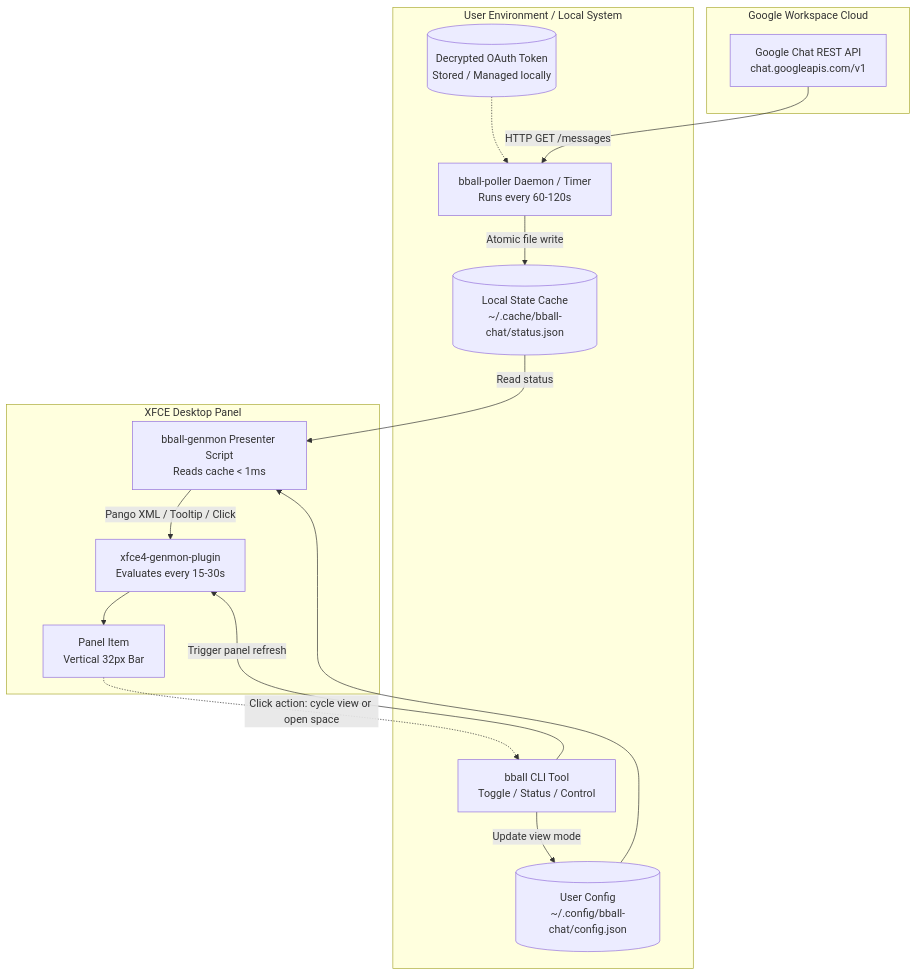
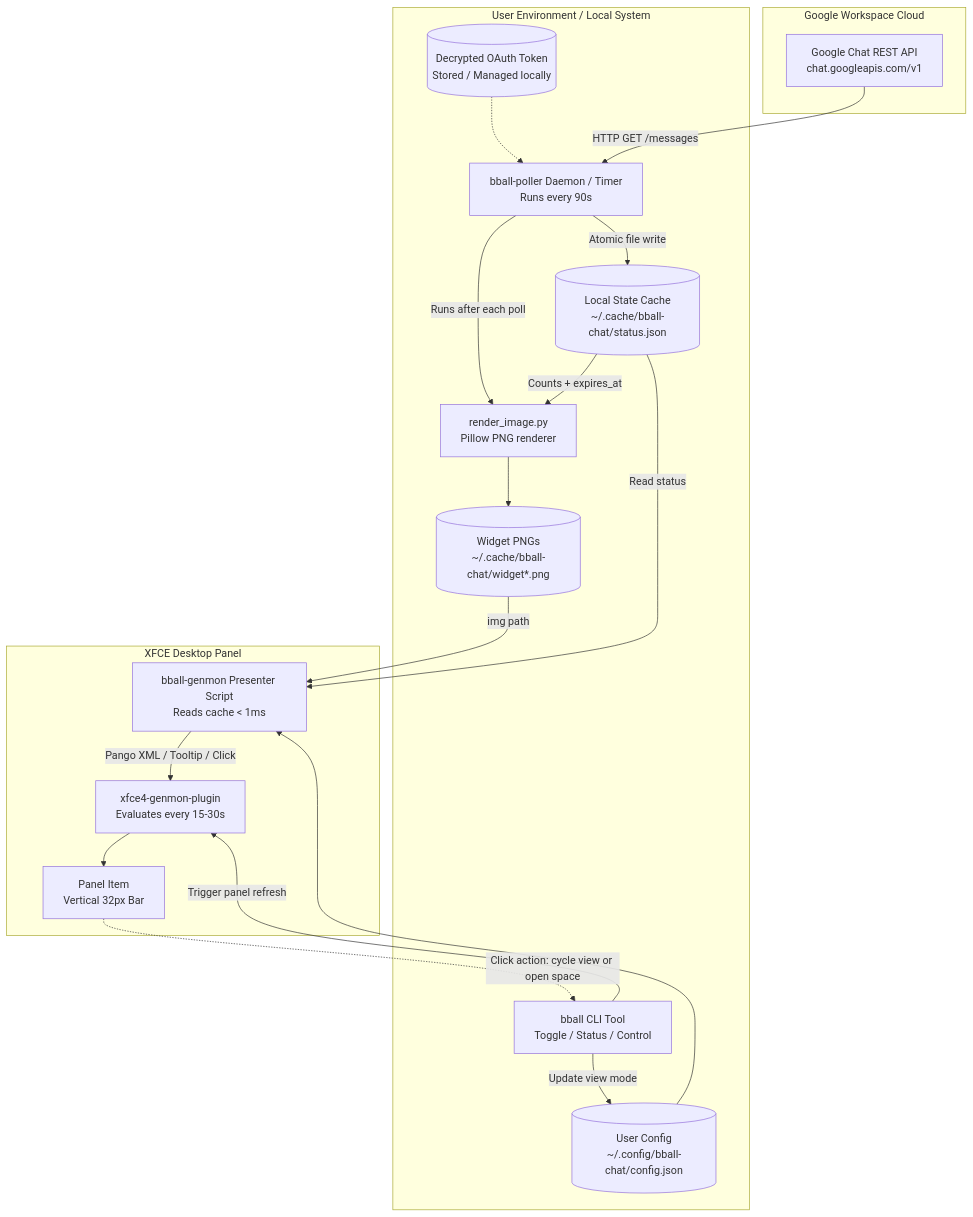
One commit to DanCard/bball-chat changed the diagram in ARCHITECTURE.md. Above: the diagram before and after it, drawn with Mermaid. The commit also changed other lines of this file and 8 other files, not shown here.

First line of the commit message:
Compute game expiry once in JS; renderer reads expires_at

````diff
--- a/ARCHITECTURE.md
+++ b/ARCHITECTURE.md
@@ -15,31 +15,37 @@
 ```mermaid
 flowchart TD
     subgraph Google Workspace Cloud
         API[Google Chat REST API\nchat.googleapis.com/v1]
     end
 
     subgraph User Environment / Local System
         AuthStore[(Decrypted OAuth Token\nStored / Managed locally)]
-        Daemon[bball-poller Daemon / Timer\nRuns every 60-120s]
+        Daemon[bball-poller Daemon / Timer\nRuns every 90s]
+        Renderer[render_image.py\nPillow PNG renderer]
+        Images[(Widget PNGs\n~/.cache/bball-chat/widget*.png)]
         Config[(User Config\n~/.config/bball-chat/config.json)]
         Cache[(Local State Cache\n~/.cache/bball-chat/status.json)]
         CLI[bball CLI Tool\nToggle / Status / Control]
     end
 
     subgraph XFCE Desktop Panel
         Genmon[xfce4-genmon-plugin\nEvaluates every 15-30s]
         Presenter[bball-genmon Presenter Script\nReads cache < 1ms]
         UI[Panel Item\nVertical 32px Bar]
     end
 
     AuthStore -.-> Daemon
     API -->|HTTP GET /messages| Daemon
     Daemon -->|Atomic file write| Cache
+    Daemon -->|Runs after each poll| Renderer
+    Cache -->|Counts + expires_at| Renderer
+    Renderer --> Images
+    Images -->|img path| Presenter
     Config --> Presenter
     Cache -->|Read status| Presenter
     CLI -->|Update view mode| Config
     CLI -->|Trigger panel refresh| Genmon
     Presenter -->|Pango XML / Tooltip / Click| Genmon
     Genmon --> UI
     UI -.->|Click action: cycle view or open space| CLI
 ```
````
